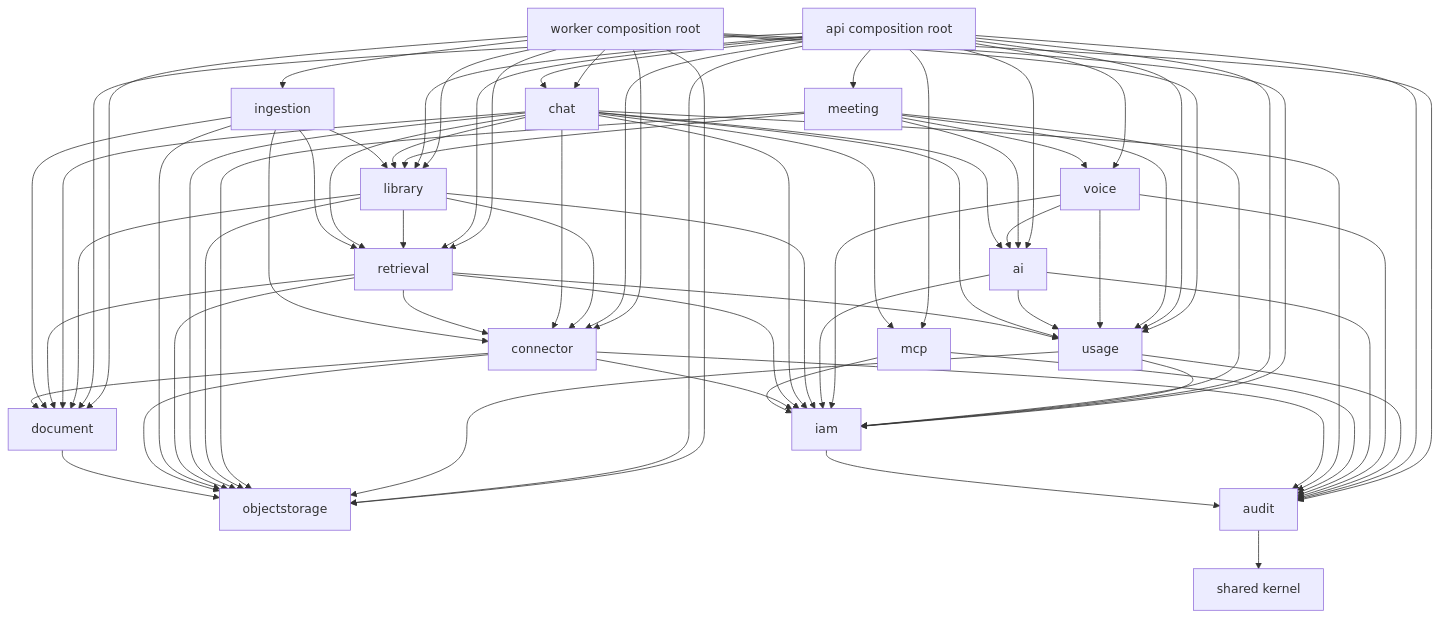
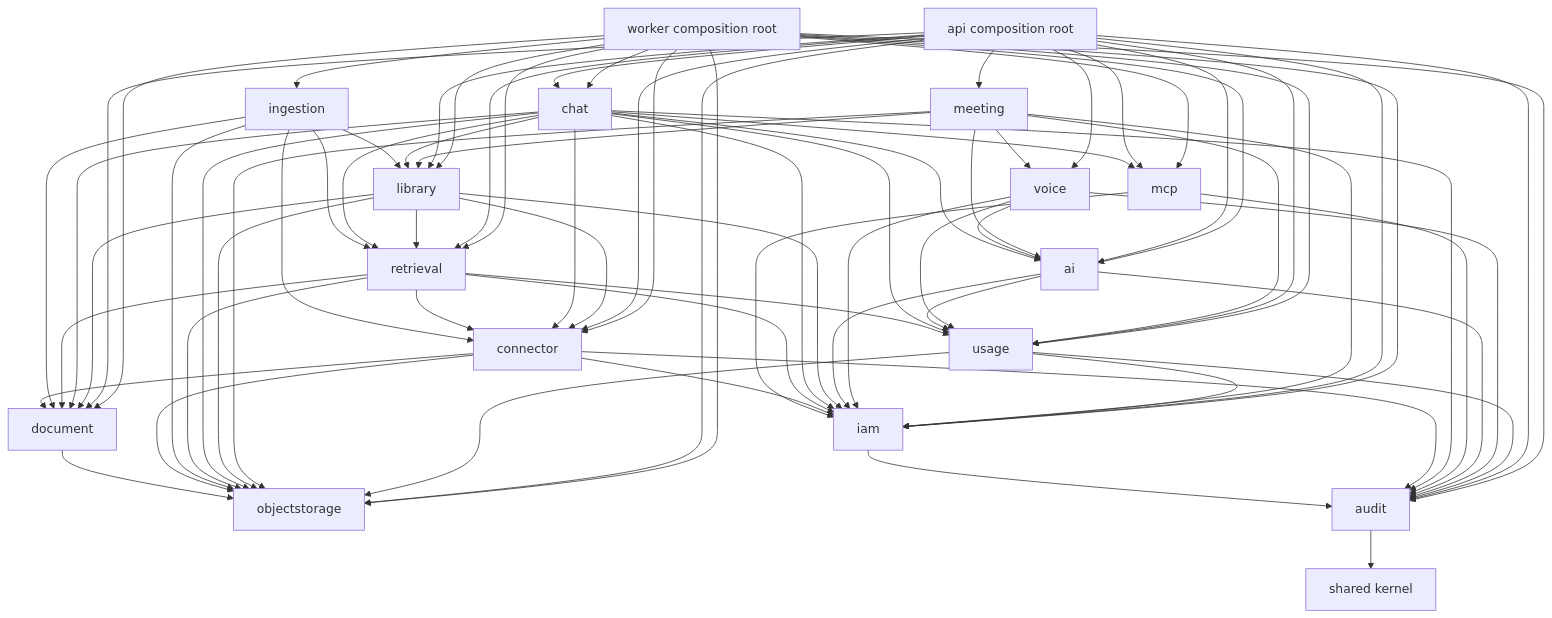
The second of 6 diagrams in ARCHITECTURE.md (kl3inIT/MemoryOS), drawn with Mermaid before and after one commit. The commit also changed other lines of this file and 25 other files, not shown here.

````diff
--- a/ARCHITECTURE.md
+++ b/ARCHITECTURE.md
@@ -141,5 +141,7 @@
     WORKER --> LIB
     WORKER --> CHAT
     WORKER --> USAGE
+    WORKER --> AI
+    WORKER --> MCP
     WORKER --> AUD
 ```
````
